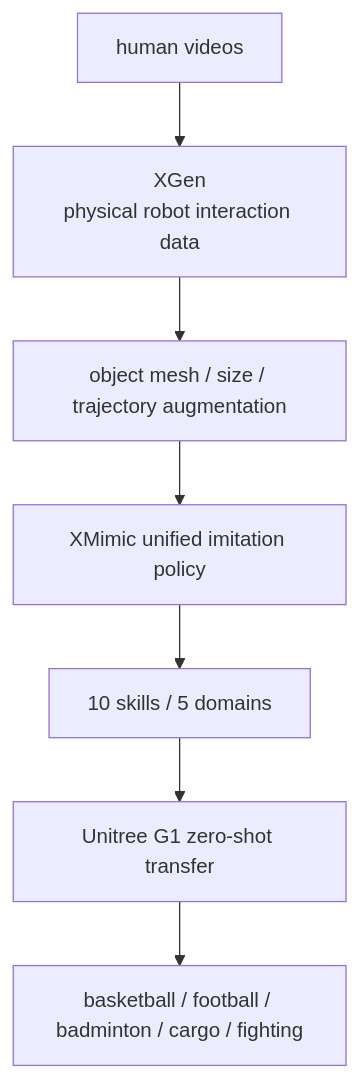
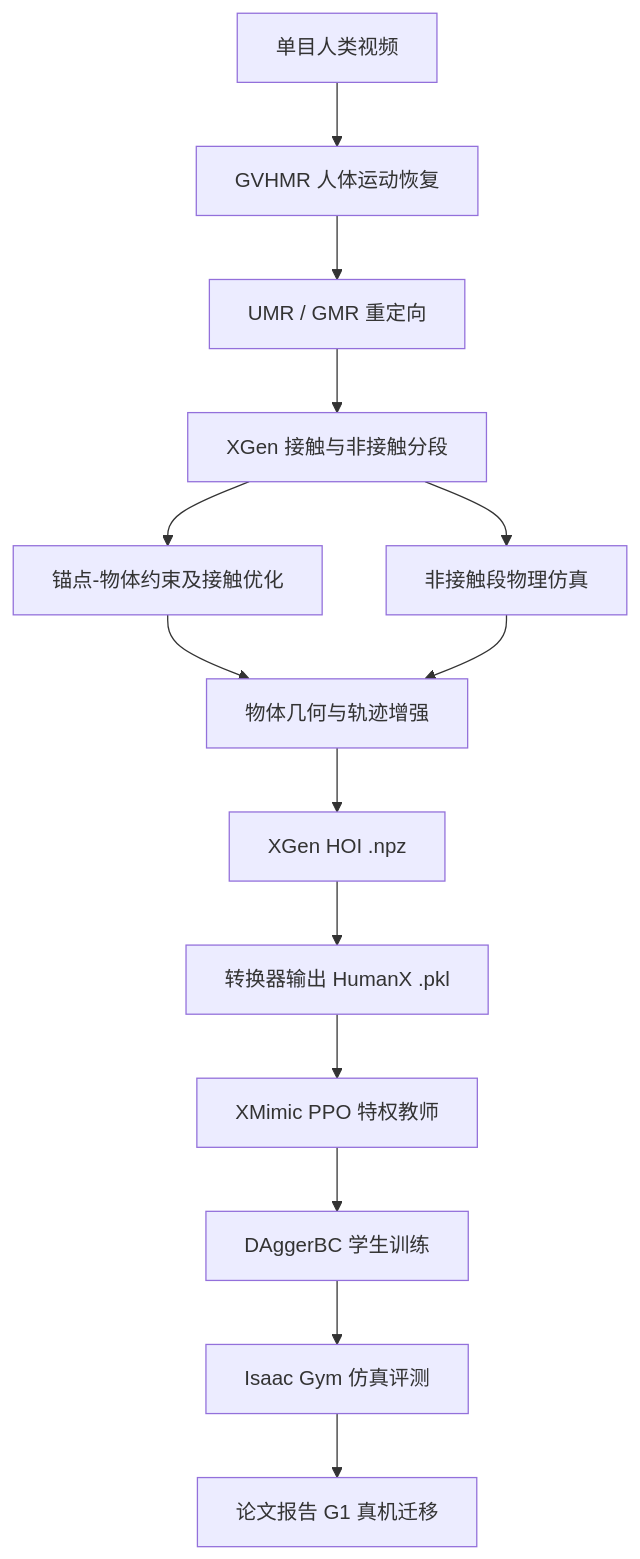
One commit to ImChong/Robotics_Notebooks changed the first of 2 diagrams in wiki/entities/paper-hrl-stack-05-humanx.md. Above: the diagram before and after it, drawn with Mermaid. The commit also changed other lines of this file, not shown here.

Commit message:
docs: 深化 HumanX CoRL 2026 论文与官方源码时序图

````diff
--- a/wiki/entities/paper-hrl-stack-05-humanx.md
+++ b/wiki/entities/paper-hrl-stack-05-humanx.md
@@ -49,9 +53,16 @@
 ```mermaid
 flowchart TB
-  video["human videos"] --> xgen["XGen\nphysical robot interaction data"]
-  xgen --> aug["object mesh / size / trajectory augmentation"]
-  aug --> xmimic["XMimic unified imitation policy"]
-  xmimic --> skills["10 skills / 5 domains"]
-  skills --> g1["Unitree G1 zero-shot transfer"]
-  g1 --> tasks["basketball / football / badminton / cargo / fighting"]
+  vid["单目人类视频"] --> gvh["GVHMR 人体运动恢复"]
+  gvh --> umr["UMR / GMR 重定向"]
+  umr --> split["XGen 接触与非接触分段"]
+  split --> contact["锚点-物体约束及接触优化"]
+  split --> phys["非接触段物理仿真"]
+  contact --> aug["物体几何与轨迹增强"]
+  phys --> aug
+  aug --> npz["XGen HOI .npz"]
+  npz --> conv["转换器输出 HumanX .pkl"]
+  conv --> tea["XMimic PPO 特权教师"]
+  tea --> stu["DAggerBC 学生训练"]
+  stu --> evalx["Isaac Gym 仿真评测"]
+  evalx --> g1["论文报告 G1 真机迁移"]
 ```
````
